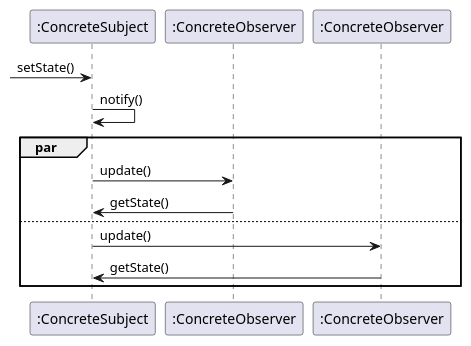
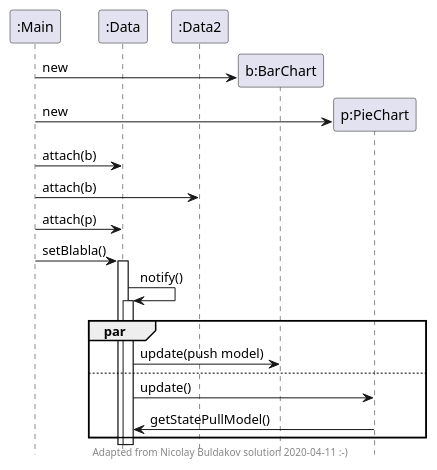
Before and after one commit to jmbruel/InnopolisDesignPatterns: the diagram in materials/images/observer-scenario.plantuml, drawn with PlantUML. The commit also changed 5 other files, not shown here.

```diff
--- a/materials/images/observer-scenario.plantuml
+++ b/materials/images/observer-scenario.plantuml
@@ -1,21 +1,50 @@
 @startuml
 
 '-----------------------------------
 ' UML concepts illustrated
 ' JMB 2014
+' 2020 version, in English from IU class
+' Adapted from Nikolay Buldakov
 '-----------------------------------
 
-participant a as ":ConcreteSubject"
-participant b as ":ConcreteObserver"
-participant c as ":ConcreteObserver"
+hide footbox
 
--> a : setState()
-a -> a : notify()
+participant main as ":Main"
+participant d as ":Data"
+participant d2 as ":Data2"
+participant b as "b:BarChart"
+participant p as "p:PieChart"
+
+create b
+main -> b : new
+
+create p
+main -> p : new
+
+main -> d : attach(b)
+main -> d2 : attach(b)
+main -> d : attach(p)
+
+main -> d : setBlabla()
+activate d
+
+'from Nikolay:
+d -> d: notify()
+activate d
+
 par 
-	a -> b : update()
-	b -> a : getState()
-else
-	a -> c : update()
-	c -> a : getState()
+
+    d -> b: update(push model)
+    'b -> d: getState()
+
+else 
+
+    d -> p: update()
+    p -> d: getStatePullModel()
 end
+deactivate d
+deactivate d
+
+center footer Adapted from Nicolay Buldakov solution 2020-04-11 :-)
+
 @enduml
```
